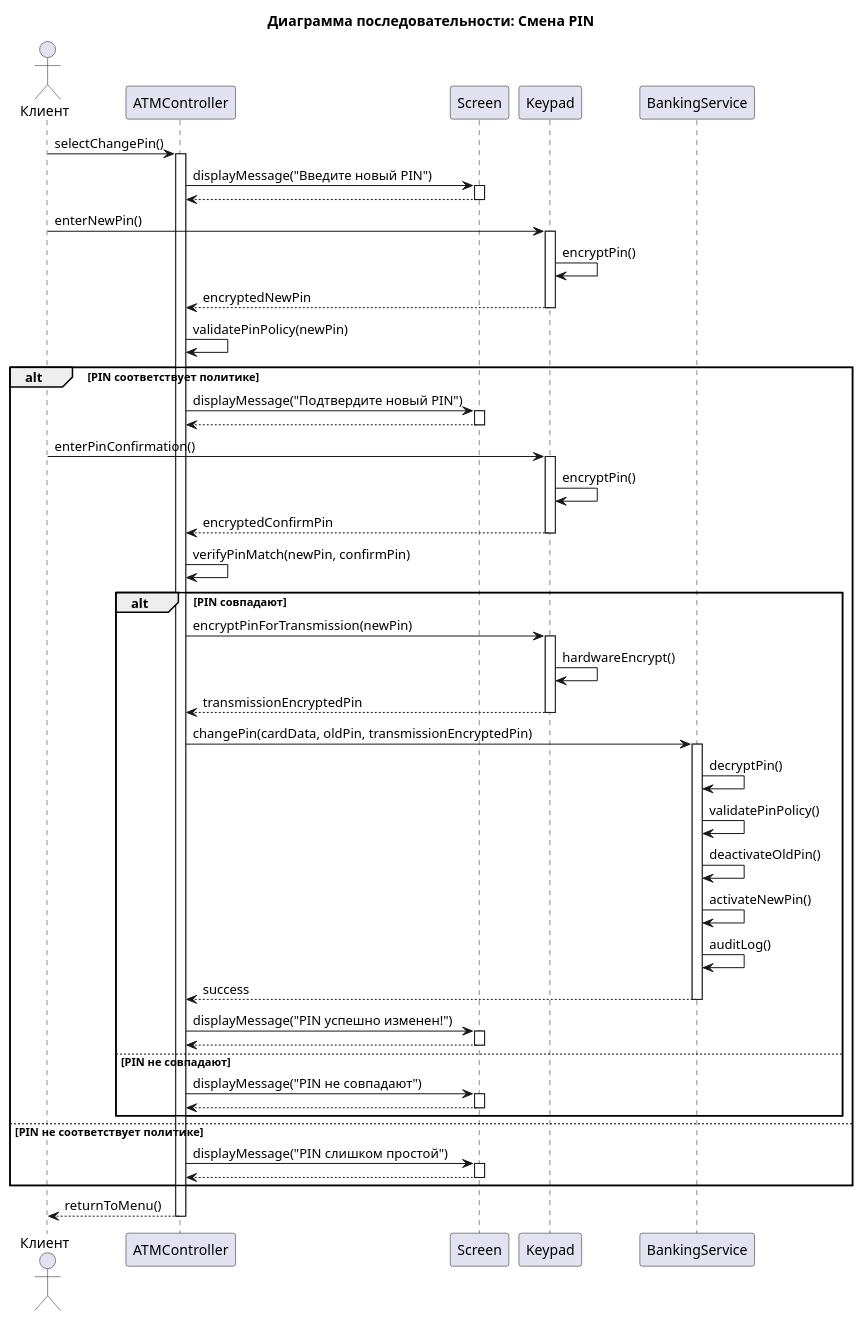
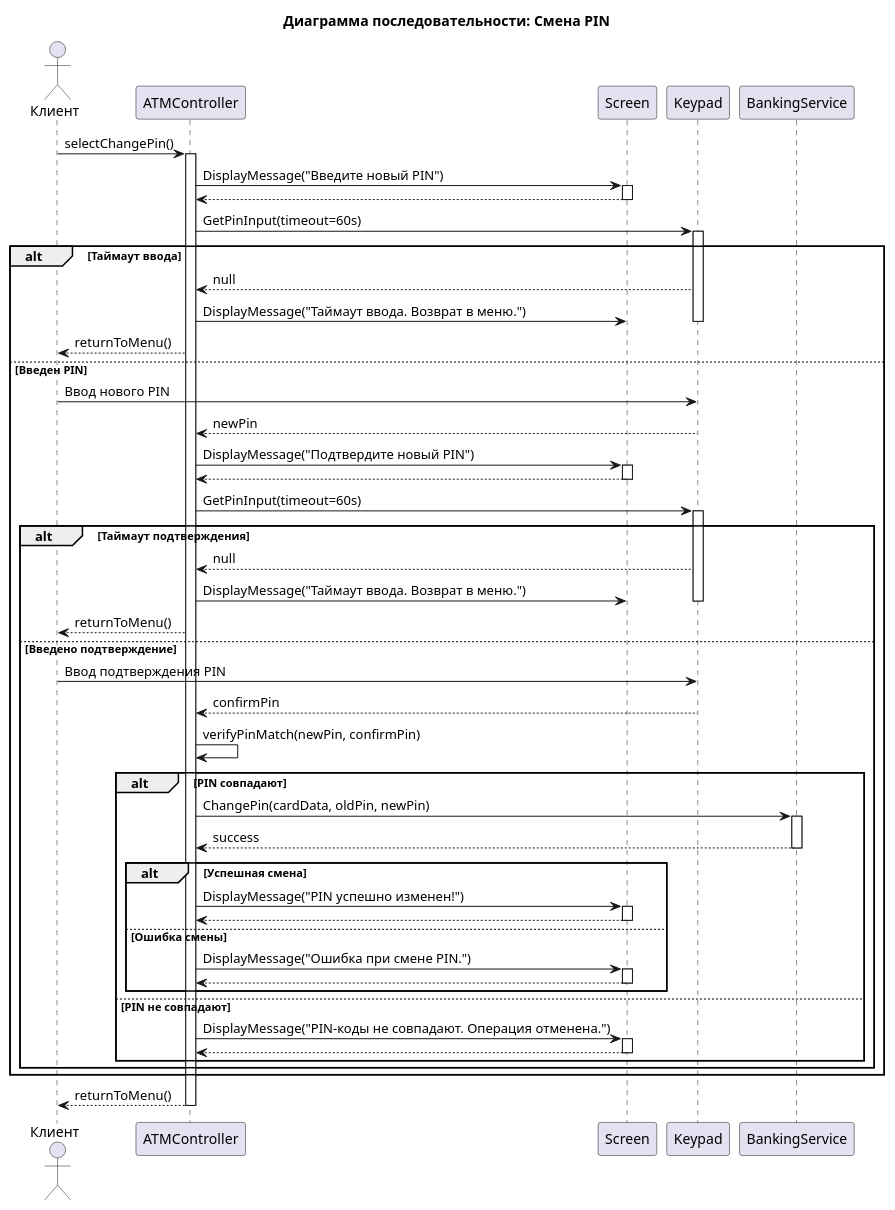
One commit to penamarth/bsbo-16-23_team5_var1_atm changed the diagram in Прецеденты/Смена ПИН-кода/sequence_diagram.puml. Above: the diagram before and after it, drawn with PlantUML. The commit also changed 26 other files, not shown here.

```diff
--- a/Прецеденты/Смена ПИН-кода/sequence_diagram.puml
+++ b/Прецеденты/Смена ПИН-кода/sequence_diagram.puml
@@ -1,81 +1,80 @@
 @startuml
 title Диаграмма последовательности: Смена PIN
 
 actor "Клиент" as Client
 participant "ATMController" as Controller
 participant "Screen" as Screen
 participant "Keypad" as Keypad
 participant "BankingService" as Banking
 
 Client -> Controller: selectChangePin()
 activate Controller
 
-Controller -> Screen: displayMessage("Введите новый PIN")
+Controller -> Screen: DisplayMessage("Введите новый PIN")
 activate Screen
 Screen --> Controller:
 deactivate Screen
 
-Client -> Keypad: enterNewPin()
+Controller -> Keypad: GetPinInput(timeout=60s)
 activate Keypad
-Keypad -> Keypad: encryptPin()
-Keypad --> Controller: encryptedNewPin
-deactivate Keypad
 
-Controller -> Controller: validatePinPolicy(newPin)
-
-alt PIN соответствует политике
-    Controller -> Screen: displayMessage("Подтвердите новый PIN")
+alt Таймаут ввода
+    Keypad --> Controller: null
+    Controller -> Screen: DisplayMessage("Таймаут ввода. Возврат в меню.")
+    deactivate Keypad
+    Controller --> Client: returnToMenu()
+else Введен PIN
+    Client -> Keypad: Ввод нового PIN
+    Keypad --> Controller: newPin
+    deactivate Keypad
+    
+    Controller -> Screen: DisplayMessage("Подтвердите новый PIN")
     activate Screen
     Screen --> Controller:
     deactivate Screen
     
-    Client -> Keypad: enterPinConfirmation()
+    Controller -> Keypad: GetPinInput(timeout=60s)
     activate Keypad
-    Keypad -> Keypad: encryptPin()
-    Keypad --> Controller: encryptedConfirmPin
-    deactivate Keypad
     
-    Controller -> Controller: verifyPinMatch(newPin, confirmPin)
-    
-    alt PIN совпадают
-        Controller -> Keypad: encryptPinForTransmission(newPin)
-        activate Keypad
-        Keypad -> Keypad: hardwareEncrypt()
-        Keypad --> Controller: transmissionEncryptedPin
+    alt Таймаут подтверждения
+        Keypad --> Controller: null
+        Controller -> Screen: DisplayMessage("Таймаут ввода. Возврат в меню.")
+        deactivate Keypad
+        Controller --> Client: returnToMenu()
+    else Введено подтверждение
+        Client -> Keypad: Ввод подтверждения PIN
+        Keypad --> Controller: confirmPin
         deactivate Keypad
         
-        Controller -> Banking: changePin(cardData, oldPin, transmissionEncryptedPin)
-        activate Banking
+        Controller -> Controller: verifyPinMatch(newPin, confirmPin)
         
-        Banking -> Banking: decryptPin()
-        Banking -> Banking: validatePinPolicy()
-        Banking -> Banking: deactivateOldPin()
-        Banking -> Banking: activateNewPin()
-        Banking -> Banking: auditLog()
-        
-        Banking --> Controller: success
-        deactivate Banking
-        
-        Controller -> Screen: displayMessage("PIN успешно изменен!")
-        activate Screen
-        Screen --> Controller:
-        deactivate Screen
-        
-    else PIN не совпадают
-        Controller -> Screen: displayMessage("PIN не совпадают")
-        activate Screen
-        Screen --> Controller:
-        deactivate Screen
+        alt PIN совпадают
+            Controller -> Banking: ChangePin(cardData, oldPin, newPin)
+            activate Banking
+            Banking --> Controller: success
+            deactivate Banking
+            
+            alt Успешная смена
+                Controller -> Screen: DisplayMessage("PIN успешно изменен!")
+                activate Screen
+                Screen --> Controller:
+                deactivate Screen
+            else Ошибка смены
+                Controller -> Screen: DisplayMessage("Ошибка при смене PIN.")
+                activate Screen
+                Screen --> Controller:
+                deactivate Screen
+            end
+        else PIN не совпадают
+            Controller -> Screen: DisplayMessage("PIN-коды не совпадают. Операция отменена.")
+            activate Screen
+            Screen --> Controller:
+            deactivate Screen
+        end
     end
-    
-else PIN не соответствует политике
-    Controller -> Screen: displayMessage("PIN слишком простой")
-    activate Screen
-    Screen --> Controller:
-    deactivate Screen
 end
 
 Controller --> Client: returnToMenu()
 deactivate Controller
 
 @enduml
```
